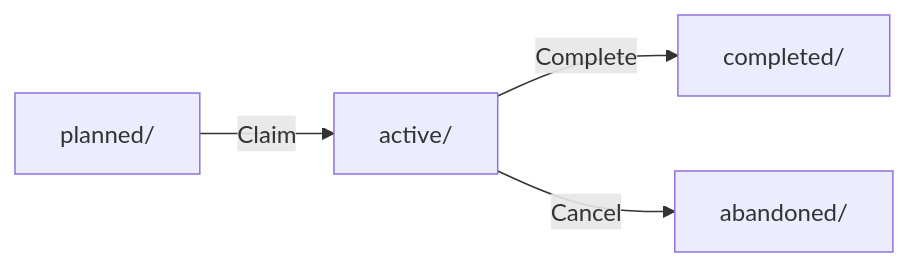
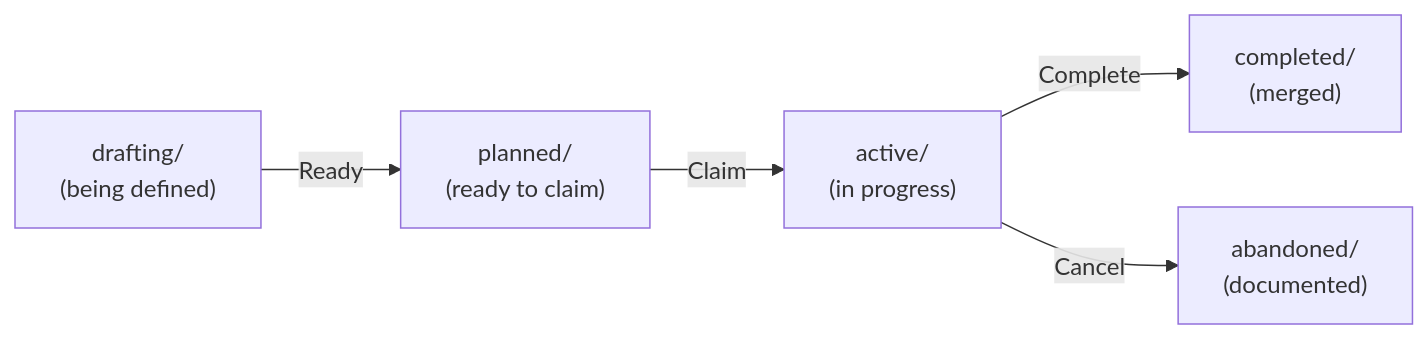
Before and after one commit to cristoslc/LLM-coding-agent-patterns: the diagram in _AGENTS/sessions/SESSIONS-README.md, drawn with Mermaid. The commit also changed other lines of this file and 1 other file, not shown here.

First line of the commit message:
feat: add drafting stage for sessions being defined

````diff
--- a/_AGENTS/sessions/SESSIONS-README.md
+++ b/_AGENTS/sessions/SESSIONS-README.md
@@ -21,6 +21,12 @@
 ```mermaid
 flowchart LR
-    Planned["planned/"] -->|"Claim"| Active["active/"]
-    Active -->|"Complete"| Completed["completed/"]
-    Active -->|"Cancel"| Abandoned["abandoned/"]
+    Drafting["drafting/
+    (being defined)"] -->|"Ready"| Planned["planned/
+    (ready to claim)"]
+    Planned -->|"Claim"| Active["active/
+    (in progress)"]
+    Active -->|"Complete"| Completed["completed/
+    (merged)"]
+    Active -->|"Cancel"| Abandoned["abandoned/
+    (documented)"]
 ```
````
